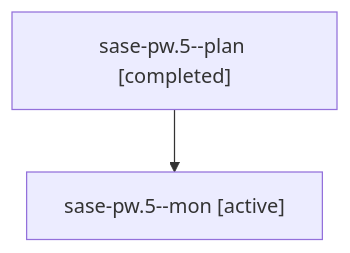
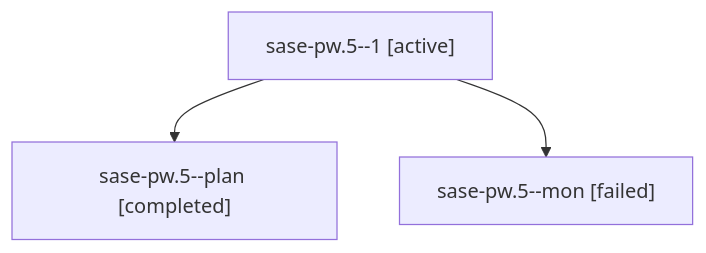
One commit to sase-org/sase--agents changed the diagram in families/bbugyi200.athena.sase-pw.5.md. Above: the diagram before and after it, drawn with Mermaid. The commit also changed other lines of this file and 71 other files, not shown here.

````diff
--- a/families/bbugyi200.athena.sase-pw.5.md
+++ b/families/bbugyi200.athena.sase-pw.5.md
@@ -9,6 +9,8 @@
 ```mermaid
 flowchart TD
-  n0["sase-pw.5--plan [completed]"]
-  n1["sase-pw.5--mon [active]"]
+  n0["sase-pw.5--1 [active]"]
+  n1["sase-pw.5--plan [completed]"]
   n0 --> n1
+  n2["sase-pw.5--mon [failed]"]
+  n0 --> n2
 ```
````
